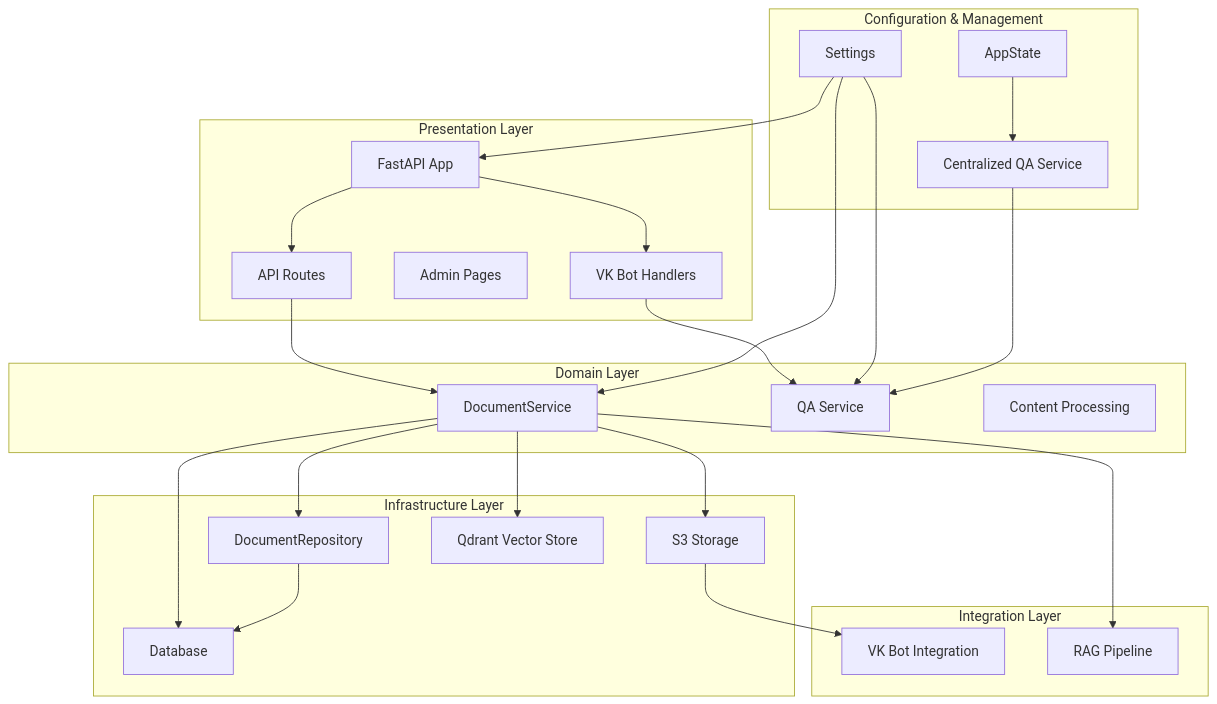
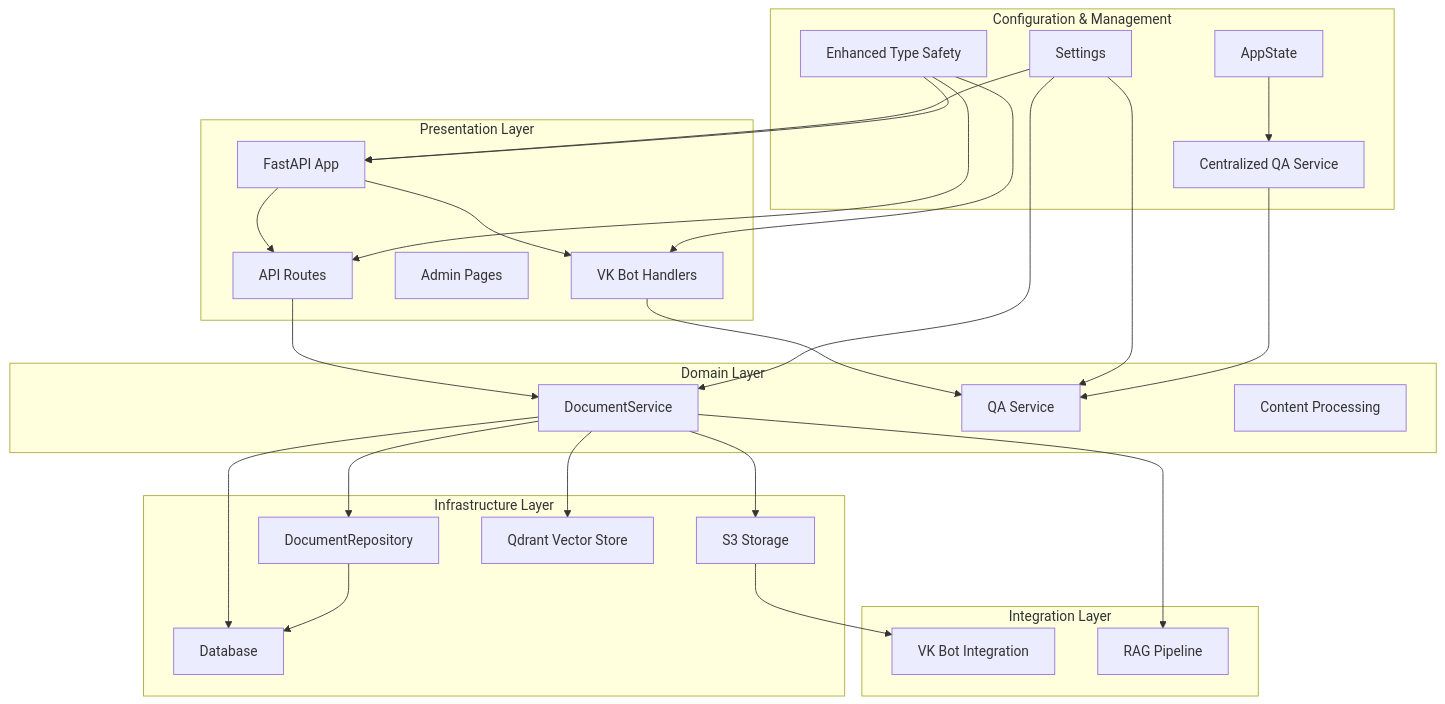
Before and after one commit to ognelis/cafetera_hr_bot: the first of 8 diagrams in .qoder/repowiki/en/content/API Reference/Dependency Injection System.md, drawn with Mermaid. The commit also changed other lines of this file and 14 other files, not shown here.

````diff
--- a/.qoder/repowiki/en/content/API Reference/Dependency Injection System.md
+++ b/.qoder/repowiki/en/content/API Reference/Dependency Injection System.md
@@ -57,45 +57,49 @@
 ```mermaid
 graph TB
 subgraph "Presentation Layer"
 A[FastAPI App]
 B[API Routes]
 C[Admin Pages]
 D[VK Bot Handlers]
 end
 subgraph "Domain Layer"
 E[DocumentService]
 F[QA Service]
 G[Content Processing]
 end
 subgraph "Infrastructure Layer"
 H[DocumentRepository]
 I[Database]
 J[S3 Storage]
 K[Qdrant Vector Store]
 end
 subgraph "Integration Layer"
 L[VK Bot Integration]
 M[RAG Pipeline]
 end
 subgraph "Configuration & Management"
 N[Settings]
 O[AppState]
 P[Centralized QA Service]
+Q[Enhanced Type Safety]
 end
 A --> B
 A --> D
 B --> E
 D --> F
 E --> H
 E --> I
 E --> J
 E --> K
 H --> I
 J --> L
 E --> M
 N --> A
 N --> E
 N --> F
 O --> P
 P --> F
+Q --> A
+Q --> B
+Q --> D
 ```
````
